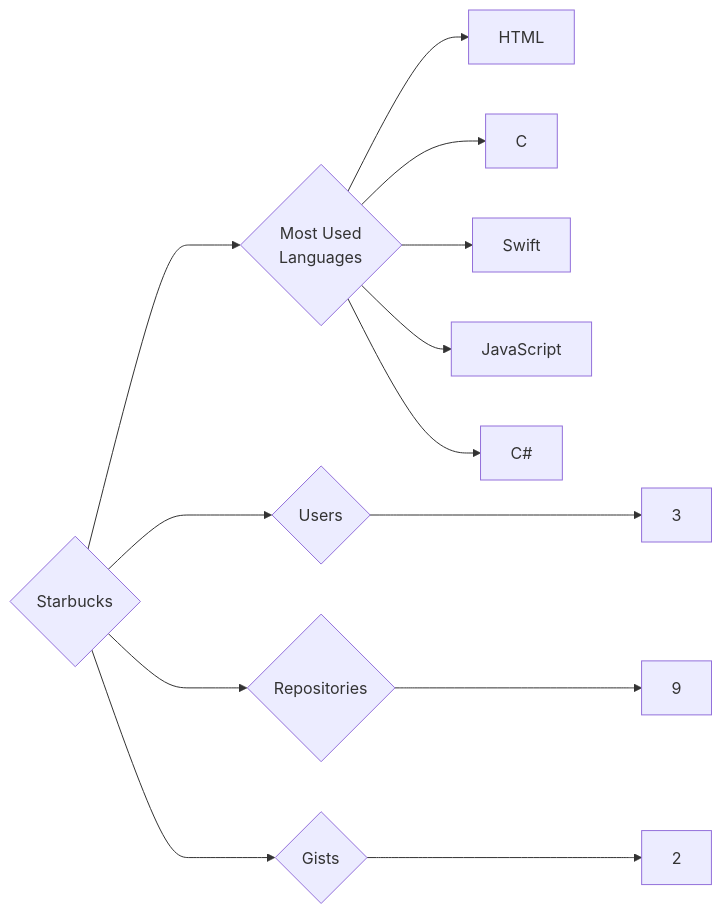
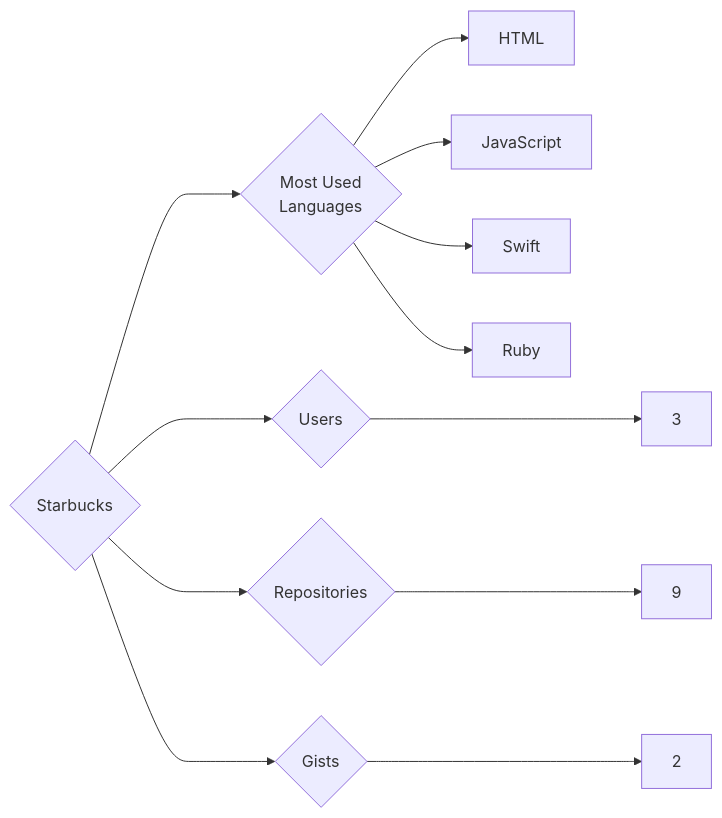
Before and after one commit to trickest/insiders: the diagram in targets/Starbucks/README.md, drawn with Mermaid. The commit also changed 1496 other files, not shown here.

````diff
--- a/targets/Starbucks/README.md
+++ b/targets/Starbucks/README.md
@@ -3,13 +3,12 @@
 ```mermaid
 graph LR
 COMPANY_NAME{Starbucks}
 COMPANY_NAME ---> U{Users} ---> UN[3]
 COMPANY_NAME ---> R{Repositories} ---> RN[9]
 COMPANY_NAME ---> G{Gists} ---> GN[2]
 COMPANY_NAME ---> ML{Most Used<br>Languages}
 ML --> HTML[HTML]
-ML --> C[C]
+ML --> JavaScript[JavaScript]
 ML --> Swift[Swift]
-ML --> JavaScript[JavaScript]
-ML --> C#[C#]
+ML --> Ruby[Ruby]
 ```
````
